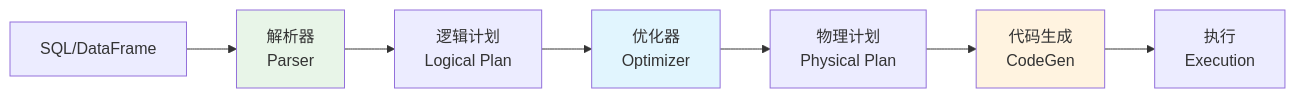
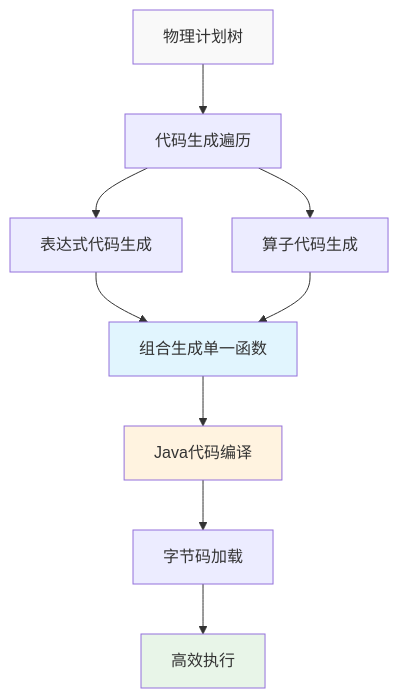
Diagram 33 of 45 in 12.spark.md (ralph-wren/TechStack-Handbook), drawn with Mermaid before and after one commit. The commit also changed other lines of this file, not shown here.

````diff
--- a/12.spark.md
+++ b/12.spark.md
@@ -4122,13 +4189,16 @@
 ```mermaid
-graph LR
-    A[SQL/DataFrame] --> B[解析器<br/>Parser]
-    B --> C[逻辑计划<br/>Logical Plan]
-    C --> D[优化器<br/>Optimizer]
-    D --> E[物理计划<br/>Physical Plan]
-    E --> F[代码生成<br/>CodeGen]
-    F --> G[执行<br/>Execution]
+graph TD
+    A[物理计划树] --> B[代码生成遍历]
+    B --> C[表达式代码生成]
+    B --> D[算子代码生成]
+    C --> E[组合生成单一函数]
+    D --> E
+    E --> F[Java代码编译]
+    F --> G[字节码加载]
+    G --> H[高效执行]
     
-    style B fill:#e8f5e8
-    style D fill:#e1f5fe
+    style A fill:#f9f9f9
+    style E fill:#e1f5fe
     style F fill:#fff3e0
+    style H fill:#e8f5e8
 ```
````
